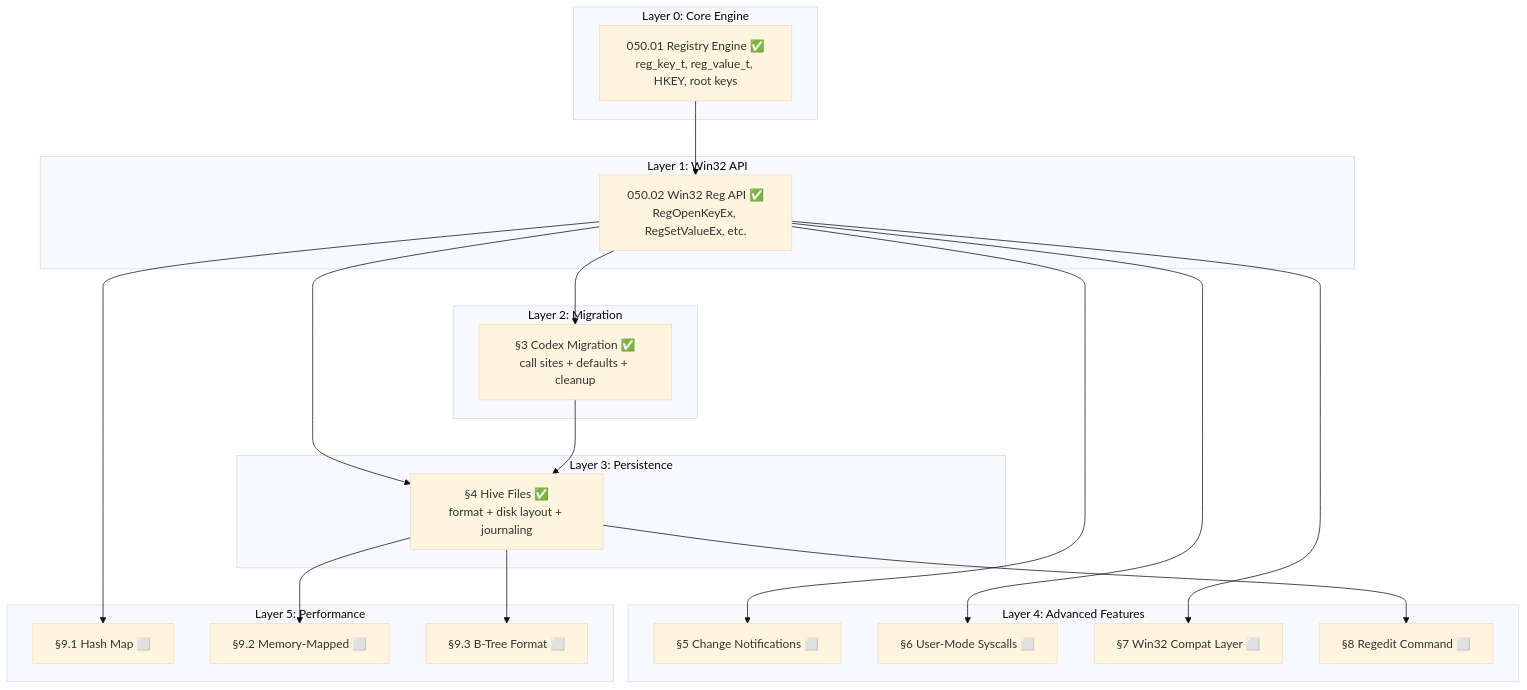
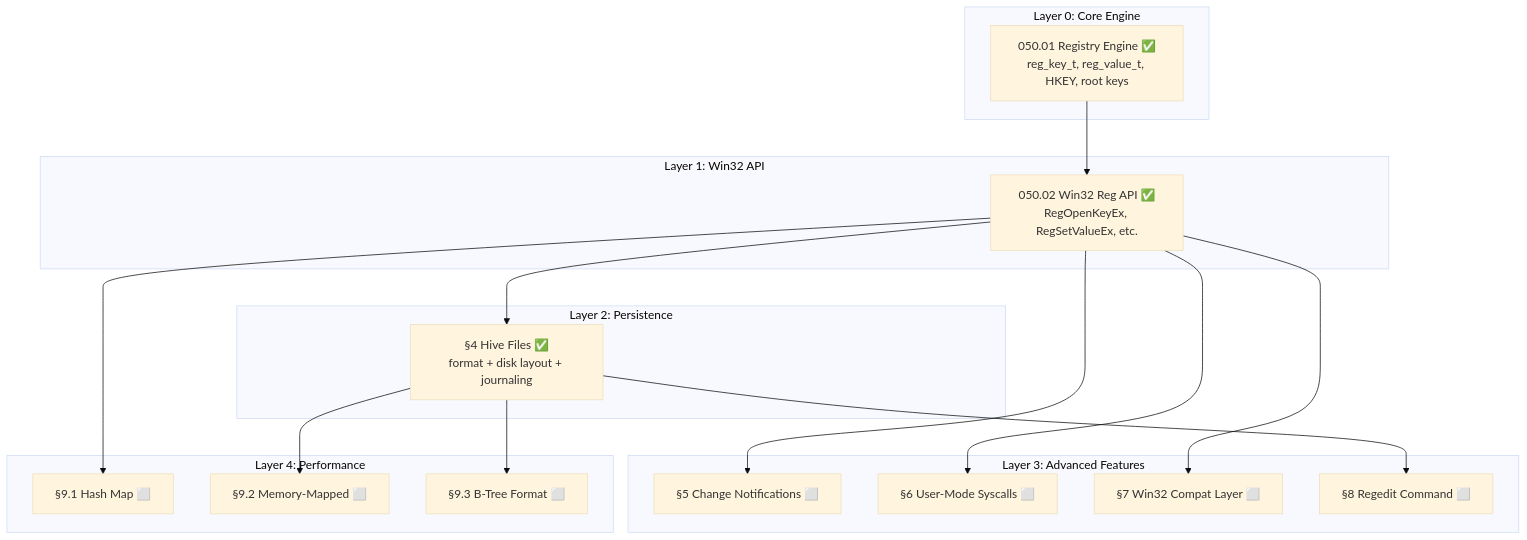
One commit to rizonesoft/impossible-os changed the diagram in todo/010-Kernel-Foundations/TODO-050-Registry.md. Above: the diagram before and after it, drawn with Mermaid (base theme). The commit also changed other lines of this file and 1 other file, not shown here.

First line of the commit message:
todo: remove completed §3 Codex migration from TODO-050-Registry

````diff
--- a/todo/010-Kernel-Foundations/TODO-050-Registry.md
+++ b/todo/010-Kernel-Foundations/TODO-050-Registry.md
@@ -29,43 +29,37 @@
 ```mermaid
 graph TD
     subgraph "Layer 0: Core Engine"
         ENGINE["050.01 Registry Engine ✅<br/>reg_key_t, reg_value_t, HKEY, root keys"]
     end
 
     subgraph "Layer 1: Win32 API"
         API["050.02 Win32 Reg API ✅<br/>RegOpenKeyEx, RegSetValueEx, etc."]
     end
 
-    subgraph "Layer 2: Migration"
-        MIGRATE["§3 Codex Migration ✅<br/>call sites + defaults + cleanup"]
-    end
-
-    subgraph "Layer 3: Persistence"
+    subgraph "Layer 2: Persistence"
         HIVE["§4 Hive Files ✅<br/>format + disk layout + journaling"]
     end
 
-    subgraph "Layer 4: Advanced Features"
+    subgraph "Layer 3: Advanced Features"
         NOTIFY["§5 Change Notifications ⬜"]
         SYSCALL["§6 User-Mode Syscalls ⬜"]
         WIN32["§7 Win32 Compat Layer ⬜"]
         REGEDIT["§8 Regedit Command ⬜"]
     end
 
-    subgraph "Layer 5: Performance"
+    subgraph "Layer 4: Performance"
         HASHMAP["§9.1 Hash Map ⬜"]
         MMAP["§9.2 Memory-Mapped ⬜"]
         BTREE["§9.3 B-Tree Format ⬜"]
     end
 
     ENGINE --> API
-    API --> MIGRATE
     API --> HIVE
     API --> NOTIFY
     API --> SYSCALL
     API --> WIN32
     HIVE --> REGEDIT
-    MIGRATE --> HIVE
     API --> HASHMAP
     HIVE --> MMAP
     HIVE --> BTREE
 ```
````
